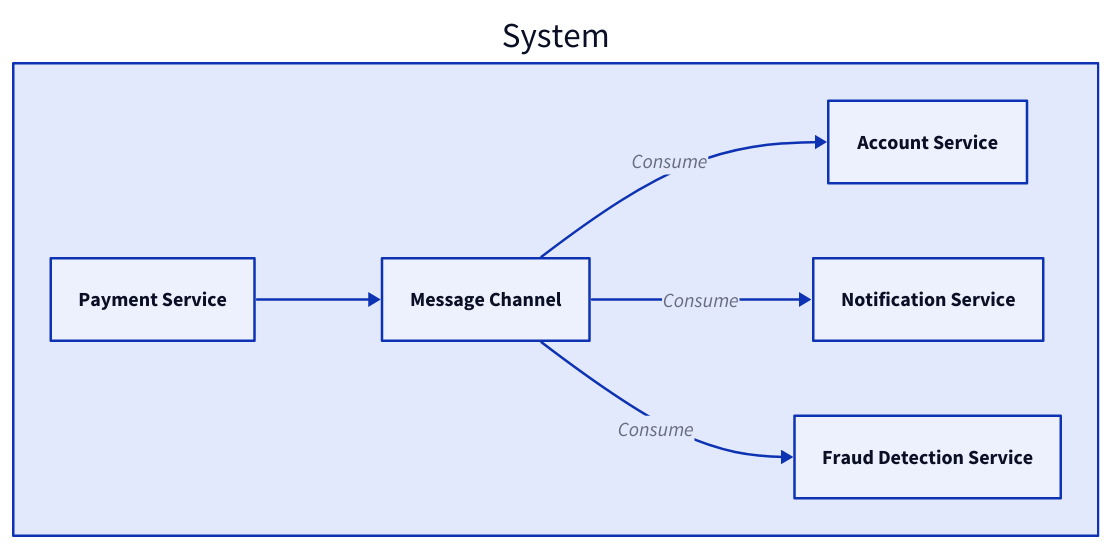
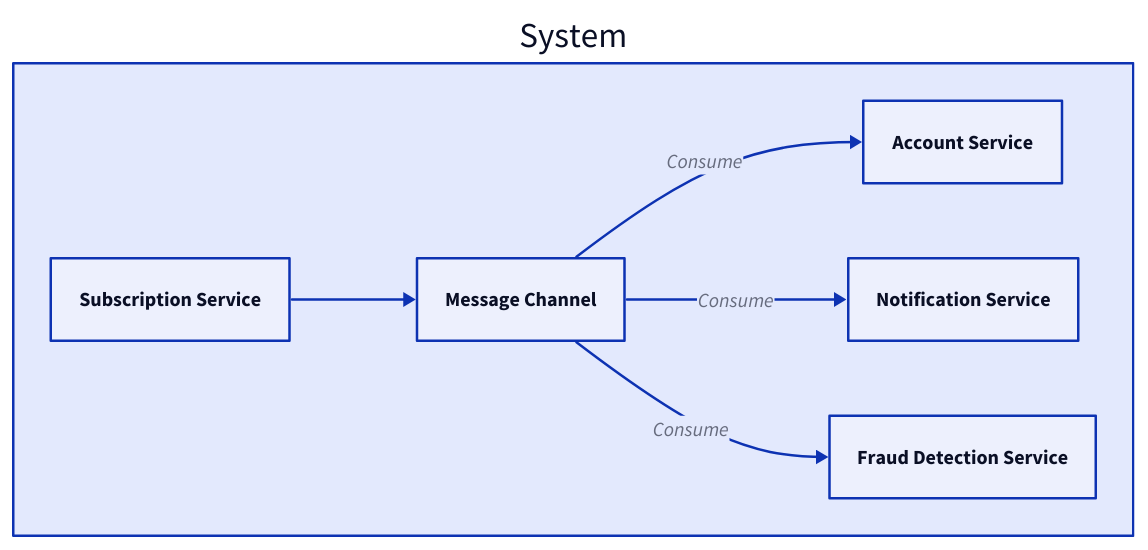
Diagram 15 of 15 in content/docs/web-service/microservice.md (link1905/system-design-101), drawn with D2 before and after one commit. The commit also changed other lines of this file and 10 other files, not shown here.

````diff
--- a/content/docs/web-service/microservice.md
+++ b/content/docs/web-service/microservice.md
@@ -557,24 +598,24 @@
 ```d2
 direction: right
 system: System {
     acc: Account Service {
         class: server
     }
-    p: Payment Service {
+    p: Subscription Service {
         class: server
     }
     mq: Message Channel {
         class: mq
     }
     n: Notification Service {
         class: server
     }
     d: Fraud Detection Service {
         class: server
     }
     p -> mq
     acc <- mq: Consume
     n <- mq: Consume
     d <- mq: Consume
 }
 ```
````
